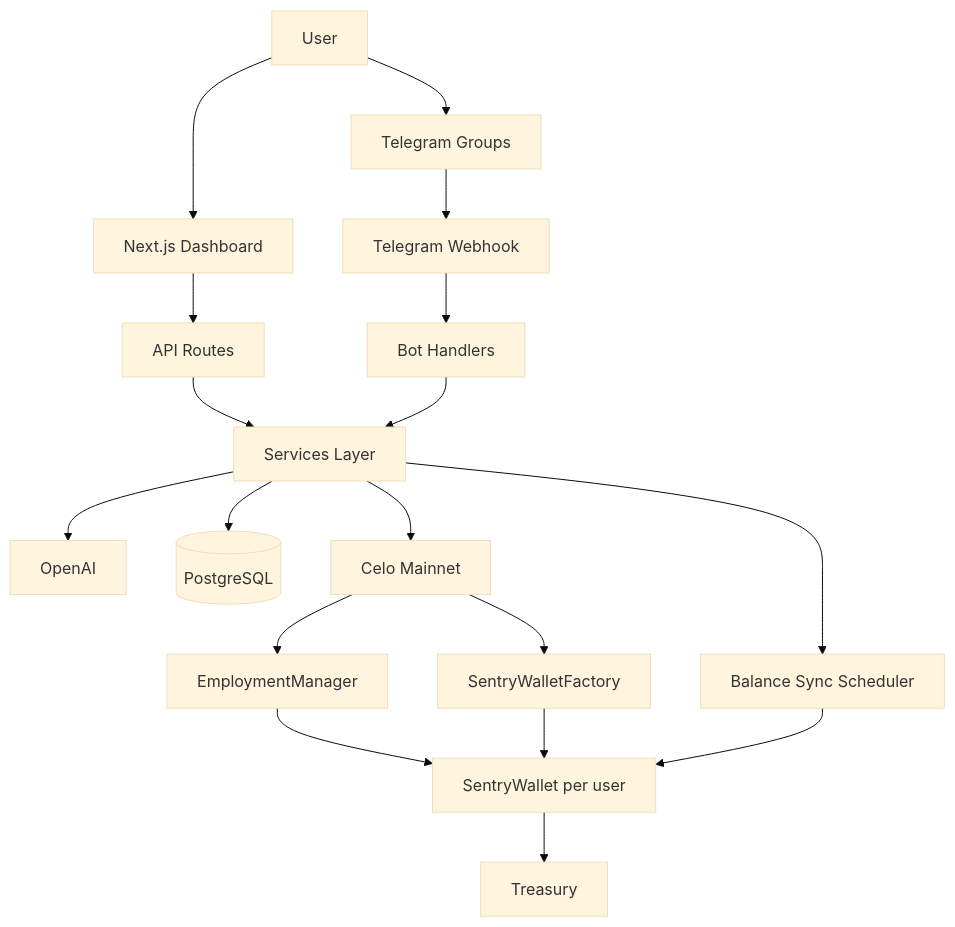
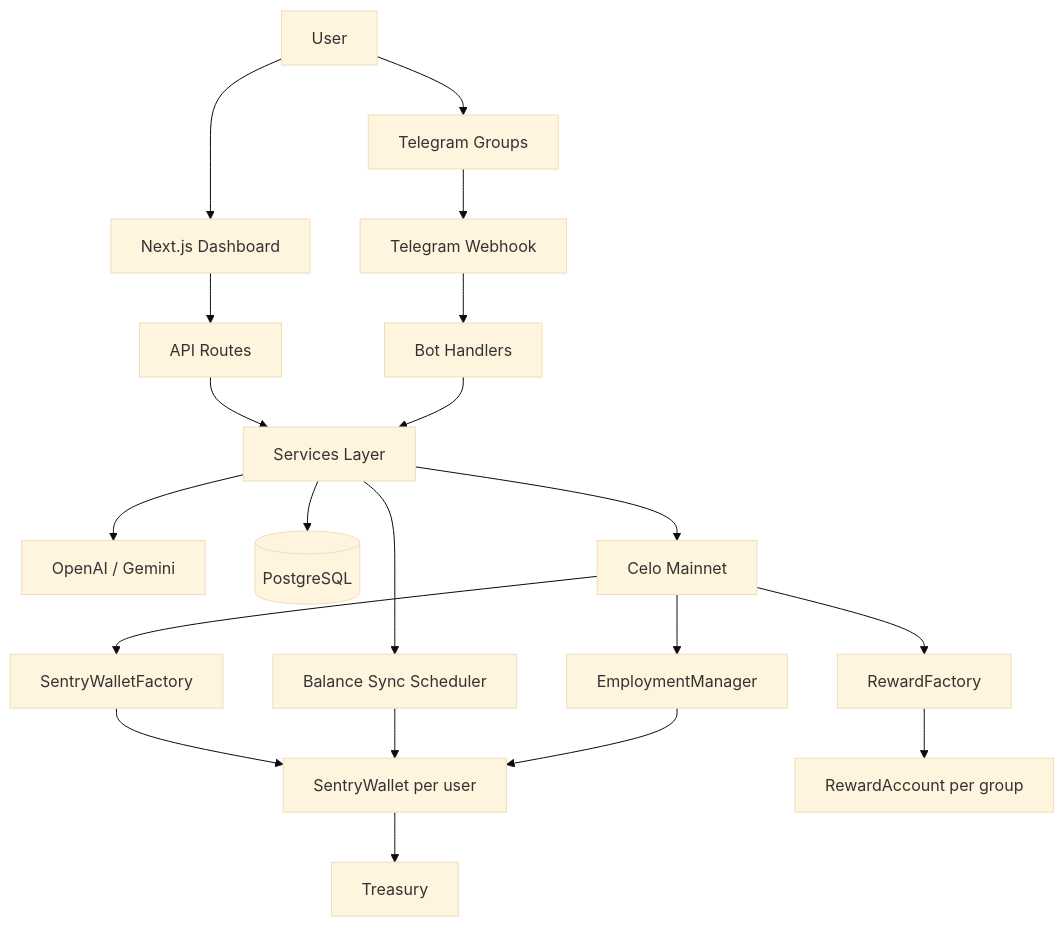
Before and after one commit to bobeu/sentry: the diagram in README.md, drawn with Mermaid (base theme). The commit also changed other lines of this file and 10 other files, not shown here.

````diff
--- a/README.md
+++ b/README.md
@@ -19,20 +34,22 @@
 ```mermaid
 flowchart TB
   User[User] --> Web[Next.js Dashboard]
   User --> TG[Telegram Groups]
   Web --> API[API Routes]
   TG --> Webhook[Telegram Webhook]
   Webhook --> Handlers[Bot Handlers]
   API --> Services[Services Layer]
   Handlers --> Services
-  Services --> AI[OpenAI]
+  Services --> AI[OpenAI / Gemini]
   Services --> DB[(PostgreSQL)]
   Services --> Chain[Celo Mainnet]
   Chain --> EM[EmploymentManager]
   Chain --> WF[SentryWalletFactory]
   WF --> SW[SentryWallet per user]
+  Chain --> RF[RewardFactory]
+  RF --> RA[RewardAccount per group]
   Services --> Sync[Balance Sync Scheduler]
   Sync --> SW
   EM --> SW
   SW --> Treasury[Treasury]
 ```
````
